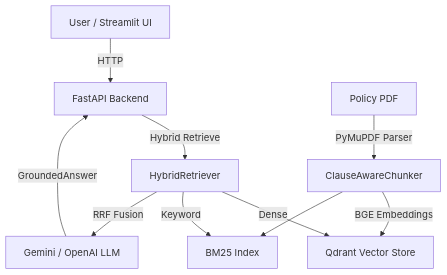
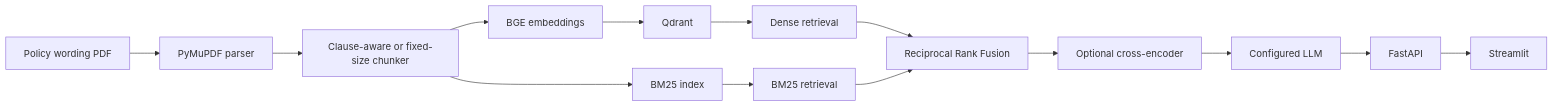
One commit to anush-44/insurance-policy-review changed the diagram in README.md. Above: the diagram before and after it, drawn with Mermaid. The commit also changed other lines of this file and 43 other files, not shown here.

````diff
--- a/README.md
+++ b/README.md
@@ -31,12 +9,16 @@
 ```mermaid
-graph TD
-    U[User / Streamlit UI] -->|HTTP| API[FastAPI Backend]
-    API -->|Hybrid Retrieve| R[HybridRetriever]
-    R -->|Dense| Q[Qdrant Vector Store]
-    R -->|Keyword| B[BM25 Index]
-    R -->|RRF Fusion| LLM[Gemini / OpenAI LLM]
-    LLM -->|GroundedAnswer| API
-    PDF[Policy PDF] -->|PyMuPDF Parser| C[ClauseAwareChunker]
-    C -->|BGE Embeddings| Q
-    C --> B
+flowchart LR
+  PDF[Policy wording PDF] --> PARSE[PyMuPDF parser]
+  PARSE --> CHUNK[Clause-aware or fixed-size chunker]
+  CHUNK --> EMBED[BGE embeddings]
+  EMBED --> QDRANT[Qdrant]
+  CHUNK --> BM25[BM25 index]
+  QDRANT --> DENSE[Dense retrieval]
+  BM25 --> KEYWORD[BM25 retrieval]
+  DENSE --> RRF[Reciprocal Rank Fusion]
+  KEYWORD --> RRF
+  RRF --> RERANK[Optional cross-encoder]
+  RERANK --> LLM[Configured LLM]
+  LLM --> API[FastAPI]
+  API --> UI[Streamlit]
 ```
````
